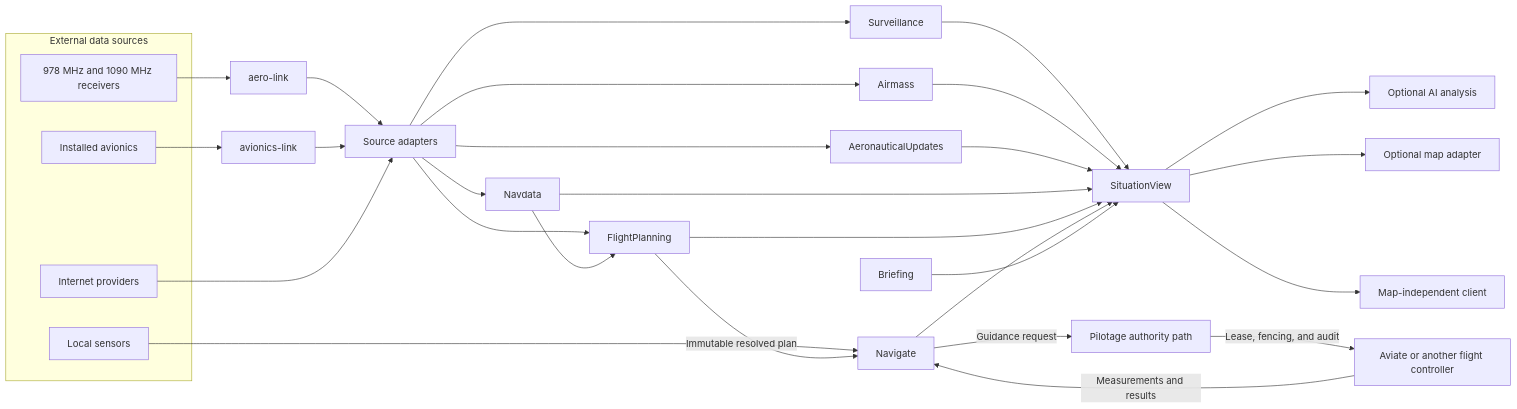
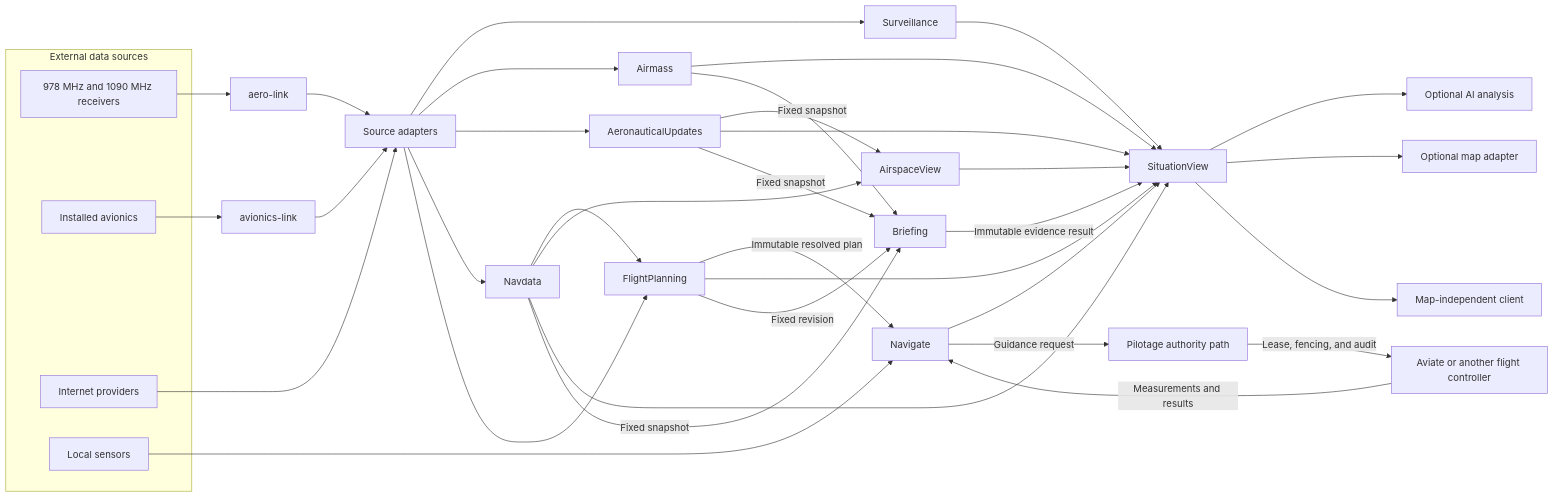
Before and after one commit to luofang34/Pilotage: the diagram in docs/adr/0036-situational-domain-ownership.md, drawn with Mermaid. The commit also changed other lines of this file and 1 other file, not shown here.

````diff
--- a/docs/adr/0036-situational-domain-ownership.md
+++ b/docs/adr/0036-situational-domain-ownership.md
@@ -110,40 +171,49 @@
 ```mermaid
 flowchart LR
     subgraph Sources["External data sources"]
         RF["978 MHz and 1090 MHz receivers"]
         PANEL["Installed avionics"]
         NET["Internet providers"]
         SENSORS["Local sensors"]
     end
 
     RF --> AL["aero-link"]
     PANEL --> VL["avionics-link"]
     AL --> ADAPTERS["Source adapters"]
     VL --> ADAPTERS
     NET --> ADAPTERS
 
     ADAPTERS --> SURV["Surveillance"]
     ADAPTERS --> AIR["Airmass"]
     ADAPTERS --> UPDATES["AeronauticalUpdates"]
     ADAPTERS --> DATA["Navdata"]
     ADAPTERS --> PLAN["FlightPlanning"]
     SENSORS --> NAV["Navigate"]
     DATA --> PLAN
     PLAN -- "Immutable resolved plan" --> NAV
 
+    DATA --> AIRSPACE["AirspaceView"]
+    UPDATES --> AIRSPACE
+
     SURV --> VIEW["SituationView"]
     AIR --> VIEW
     UPDATES --> VIEW
     DATA --> VIEW
+    AIRSPACE --> VIEW
     PLAN --> VIEW
     NAV --> VIEW
-    BRIEF["Briefing"] --> VIEW
+
+    PLAN -- "Fixed revision" --> BRIEF["Briefing"]
+    AIR -- "Fixed snapshot" --> BRIEF
+    UPDATES -- "Fixed snapshot" --> BRIEF
+    DATA -- "Fixed snapshot" --> BRIEF
+    BRIEF -- "Immutable evidence result" --> VIEW
 
     VIEW --> AI["Optional AI analysis"]
     VIEW --> MAP["Optional map adapter"]
     VIEW --> CLIENT["Map-independent client"]
 
     FC["Aviate or another flight controller"] -- "Measurements and results" --> NAV
     NAV -- "Guidance request" --> PILOT["Pilotage authority path"]
     PILOT -- "Lease, fencing, and audit" --> FC
 ```
````
